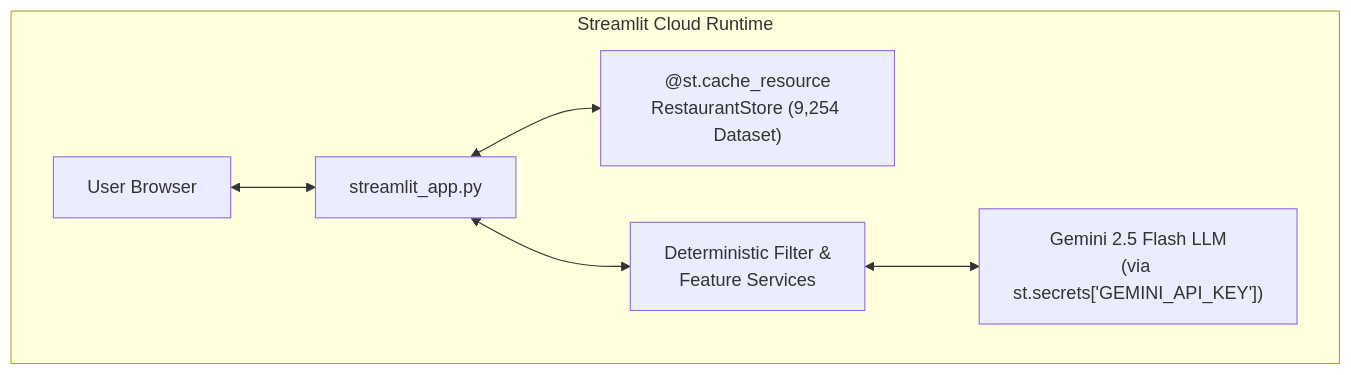
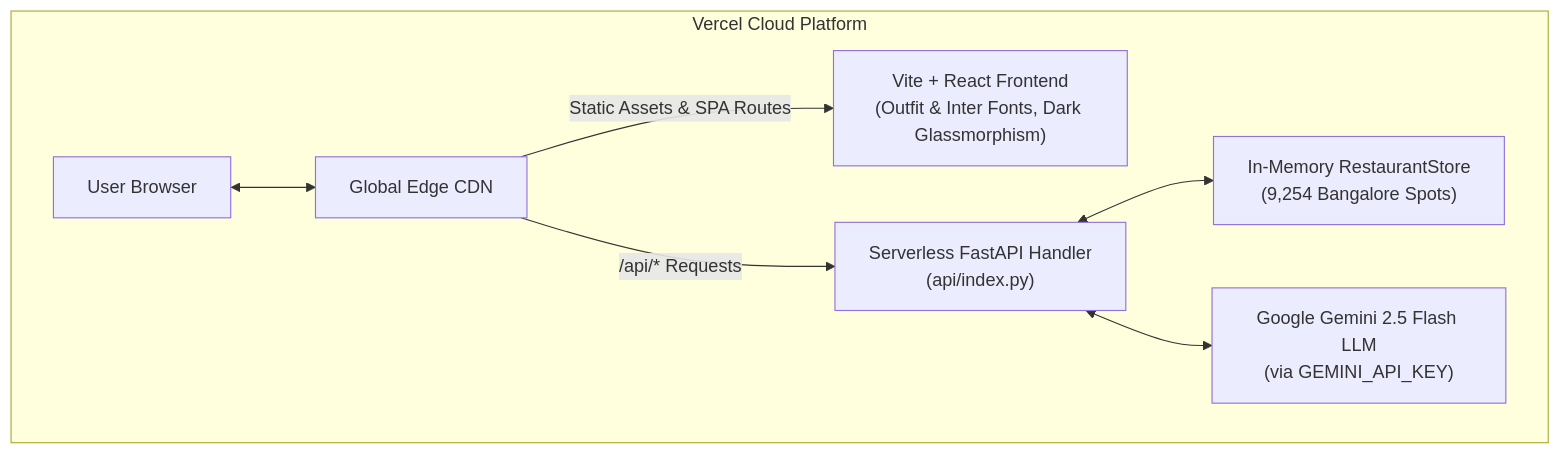
One commit to danias120/Crave-AI changed the diagram in docs/deployment_plan.md. Above: the diagram before and after it, drawn with Mermaid. The commit also changed other lines of this file and 3 other files, not shown here.

Commit message:
chore: remove Streamlit files and update deployment plan for Vercel fullstack

````diff
--- a/docs/deployment_plan.md
+++ b/docs/deployment_plan.md
@@ -12,9 +9,10 @@
 ```mermaid
 flowchart TD
-    subgraph Streamlit Cloud Runtime
-        A[User Browser] <--> B[streamlit_app.py]
-        B <--> C["@st.cache_resource<br/>RestaurantStore (9,254 Dataset)"]
-        B <--> D["Deterministic Filter &<br/>Feature Services"]
-        D <--> E["Gemini 2.5 Flash LLM<br/>(via st.secrets['GEMINI_API_KEY'])"]
+    subgraph Vercel Cloud Platform
+        A[User Browser] <--> B[Global Edge CDN]
+        B -->|Static Assets & SPA Routes| C["Vite + React Frontend<br/>(Outfit & Inter Fonts, Dark Glassmorphism)"]
+        B -->|/api/* Requests| D["Serverless FastAPI Handler<br/>(api/index.py)"]
+        D <--> E["In-Memory RestaurantStore<br/>(9,254 Bangalore Spots)"]
+        D <--> F["Google Gemini 2.5 Flash LLM<br/>(via GEMINI_API_KEY)"]
     end
 ```
````
